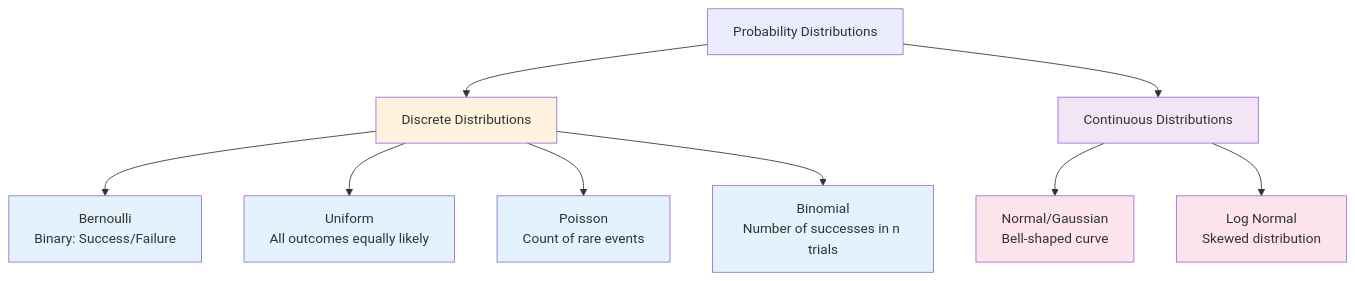
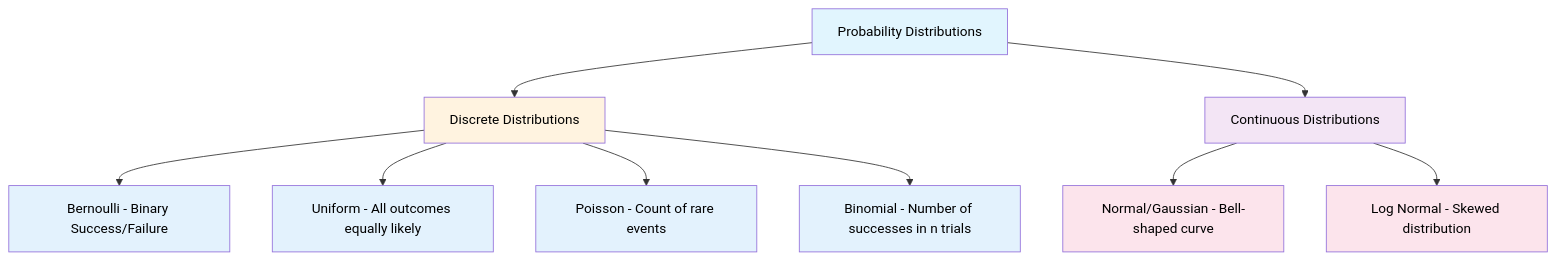
The fifth of 10 diagrams in Advanced_statistics.md (siddharthkumarrai/Statics), drawn with Mermaid before and after one commit. The commit also changed other lines of this file, not shown here.

````diff
--- a/Advanced_statistics.md
+++ b/Advanced_statistics.md
@@ -118,22 +138,23 @@
 ```mermaid
 graph TD
     A[Probability Distributions] --> B[Discrete Distributions]
     A --> C[Continuous Distributions]
     
-    B --> D[Bernoulli<br/>Binary: Success/Failure]
-    B --> E[Uniform<br/>All outcomes equally likely]
-    B --> F[Poisson<br/>Count of rare events]
-    B --> G[Binomial<br/>Number of successes in n trials]
+    B --> D[Bernoulli - Binary Success/Failure]
+    B --> E[Uniform - All outcomes equally likely]
+    B --> F[Poisson - Count of rare events]
+    B --> G[Binomial - Number of successes in n trials]
     
-    C --> H[Normal/Gaussian<br/>Bell-shaped curve]
-    C --> I[Log Normal<br/>Skewed distribution]
+    C --> H[Normal/Gaussian - Bell-shaped curve]
+    C --> I[Log Normal - Skewed distribution]
     
-    style B fill:#fff3e0
-    style C fill:#f3e5f5
-    style D fill:#e3f2fd
-    style E fill:#e3f2fd
-    style F fill:#e3f2fd
-    style G fill:#e3f2fd
-    style H fill:#fce4ec
-    style I fill:#fce4ec
+    style A fill:#e1f5fe,color:#000
+    style B fill:#fff3e0,color:#000
+    style C fill:#f3e5f5,color:#000
+    style D fill:#e3f2fd,color:#000
+    style E fill:#e3f2fd,color:#000
+    style F fill:#e3f2fd,color:#000
+    style G fill:#e3f2fd,color:#000
+    style H fill:#fce4ec,color:#000
+    style I fill:#fce4ec,color:#000
 ```
````
